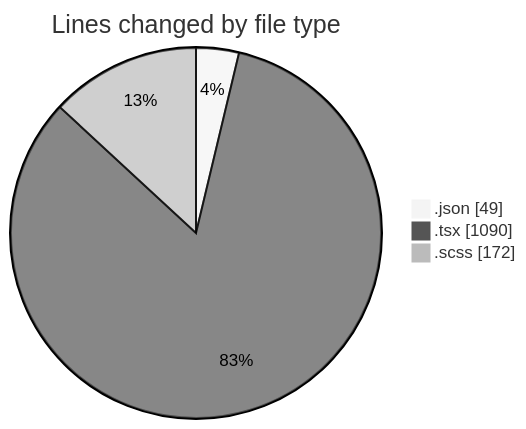
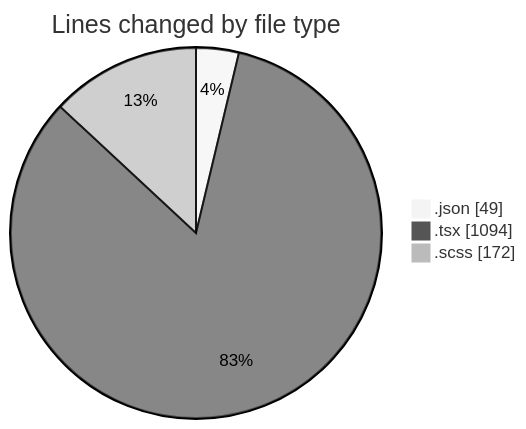
The first of 2 diagrams in 2025-08-20/cda/README.md (momahboobian/code-tracking), drawn with Mermaid (neutral theme) before and after one commit. The commit also changed other lines of this file and 1 other file, not shown here.

````diff
--- a/2025-08-20/cda/README.md
+++ b/2025-08-20/cda/README.md
@@ -25,7 +25,7 @@
 ```mermaid
 pie showData
 title Lines changed by file type
 ".json" : 49
-".tsx" : 1090
+".tsx" : 1094
 ".scss" : 172
 ```
````
